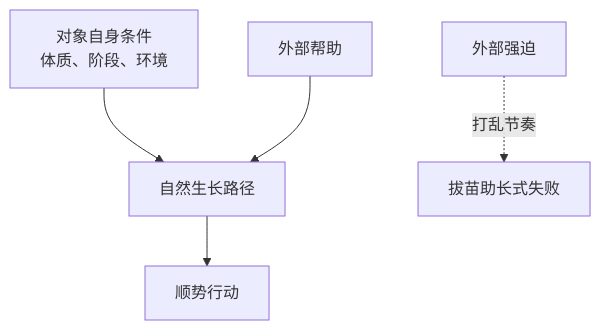
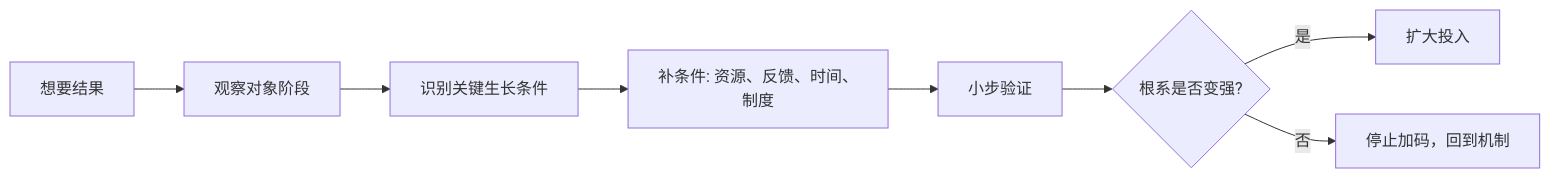
Before and after one commit to digoal/blog: the third of 3 diagrams in 202605/20260518_31.md, drawn with Mermaid. The commit also changed other lines of this file and 26 other files, not shown here.

````diff
--- a/202605/20260518_31.md
+++ b/202605/20260518_31.md
@@ -21,7 +197,10 @@
 ```mermaid
-flowchart TD
-  A["对象自身条件<br/>体质、阶段、环境"] --> B["自然生长路径"]
-  C["外部帮助"] --> B
-  D["外部强迫"] -. "打乱节奏" .-> E["拔苗助长式失败"]
-  B --> F["顺势行动"]
+flowchart LR
+  A["想要结果"] --> B["观察对象阶段"]
+  B --> C["识别关键生长条件"]
+  C --> D["补条件: 资源、反馈、时间、制度"]
+  D --> E["小步验证"]
+  E --> F{"根系是否变强?"}
+  F -->|"是"| G["扩大投入"]
+  F -->|"否"| H["停止加码，回到机制"]
 ```
````
